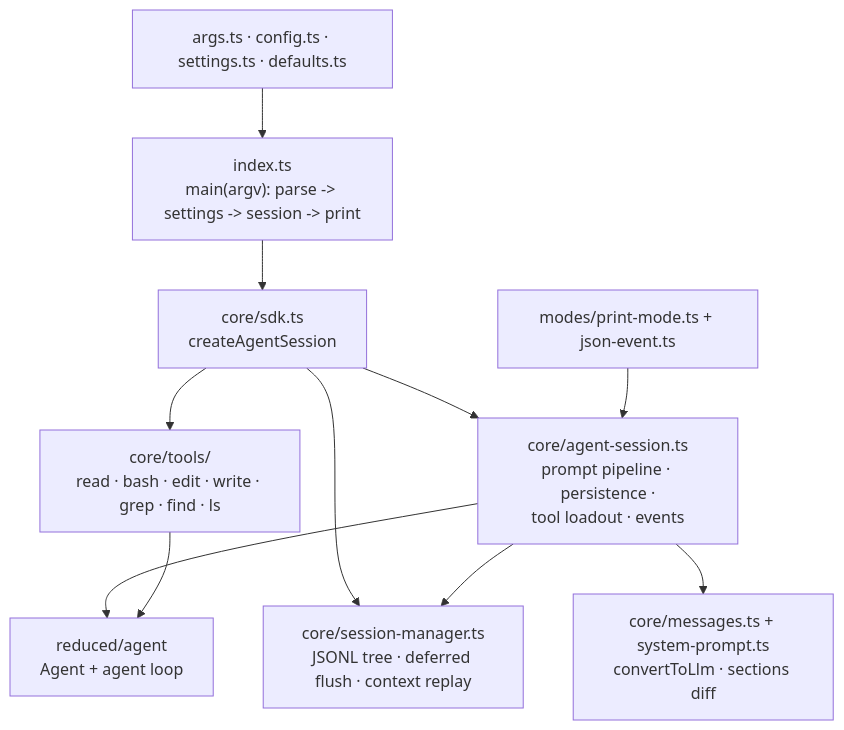
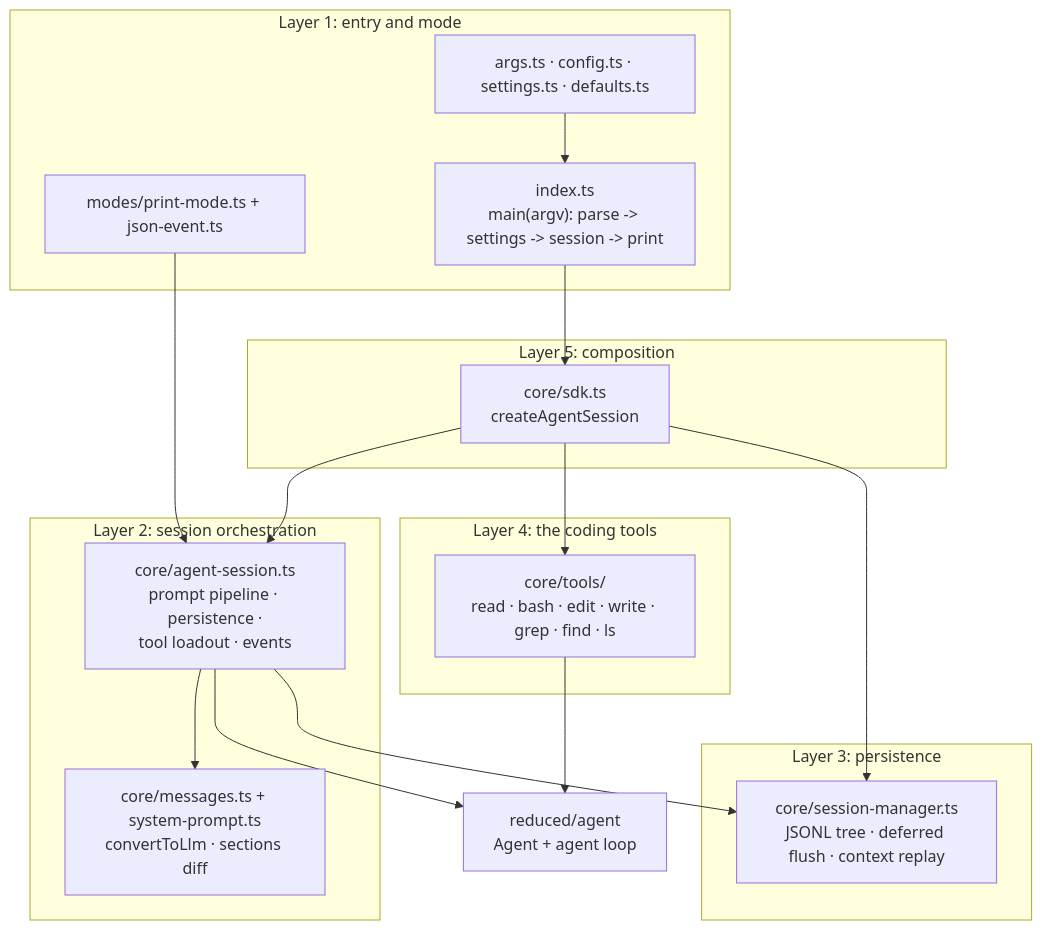
Before and after one commit to dgxRL/pi: the diagram in reduced/coding-agent/doc/src-overview.md, drawn with Mermaid. The commit also changed 25 other files, not shown here.

````diff
--- a/reduced/coding-agent/doc/src-overview.md
+++ b/reduced/coding-agent/doc/src-overview.md
@@ -8,13 +8,33 @@
 ```mermaid
 flowchart TD
-    ARGS["args.ts · config.ts · settings.ts · defaults.ts"] --> IDX["index.ts<br/>main(argv): parse -> settings -> session -> print"]
-    IDX --> SDK["core/sdk.ts<br/>createAgentSession"]
-    SDK --> TOOLS["core/tools/<br/>read · bash · edit · write · grep · find · ls"]
-    SDK --> SM["core/session-manager.ts<br/>JSONL tree · deferred flush · context replay"]
-    SDK --> SESS["core/agent-session.ts<br/>prompt pipeline · persistence ·<br/>tool loadout · events"]
+    subgraph L1["Layer 1: entry and mode"]
+        ARGS["args.ts · config.ts · settings.ts · defaults.ts"]
+        IDX["index.ts<br/>main(argv): parse -> settings -> session -> print"]
+        PM["modes/print-mode.ts + json-event.ts"]
+    end
+    subgraph L2["Layer 2: session orchestration"]
+        SESS["core/agent-session.ts<br/>prompt pipeline · persistence ·<br/>tool loadout · events"]
+        SP["core/messages.ts + system-prompt.ts<br/>convertToLlm · sections diff"]
+    end
+    subgraph L3["Layer 3: persistence"]
+        SM["core/session-manager.ts<br/>JSONL tree · deferred flush · context replay"]
+    end
+    subgraph L4["Layer 4: the coding tools"]
+        TOOLS["core/tools/<br/>read · bash · edit · write · grep · find · ls"]
+    end
+    subgraph L5["Layer 5: composition"]
+        SDK["core/sdk.ts<br/>createAgentSession"]
+    end
+    AG["reduced/agent<br/>Agent + agent loop"]
+
+    ARGS --> IDX
+    IDX --> SDK
+    PM --> SESS
+    SDK --> SESS
+    SDK --> SM
+    SDK --> TOOLS
     SESS --> SM
-    SESS --> SP["core/messages.ts + system-prompt.ts<br/>convertToLlm · sections diff"]
-    SESS --> AG["reduced/agent<br/>Agent + agent loop"]
+    SESS --> SP
+    SESS --> AG
     TOOLS --> AG
-    PM["modes/print-mode.ts + json-event.ts"] --> SESS
 ```
````
